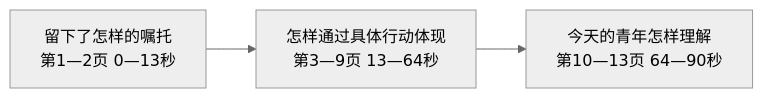
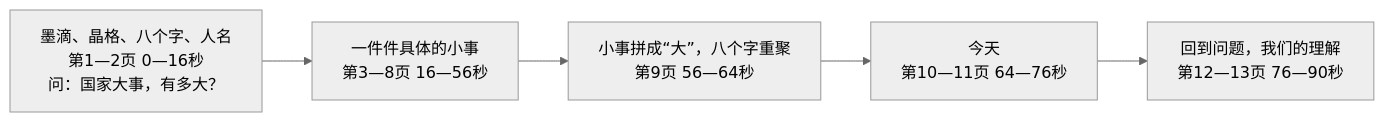
Before and after one commit to OyamaMeek/Motion: the diagram in 蒋葆增的家国情怀/短片/脚本与时间表.md, drawn with Mermaid (neutral theme). The commit also changed other lines of this file and 15 other files, not shown here.

````diff
--- a/蒋葆增的家国情怀/短片/脚本与时间表.md
+++ b/蒋葆增的家国情怀/短片/脚本与时间表.md
@@ -11,5 +17,7 @@
 ```mermaid
 flowchart LR
-  A["留下了怎样的嘱托<br>第1—2页 0—13秒"] --> B["怎样通过具体行动体现<br>第3—9页 13—64秒"]
-  B --> C["今天的青年怎样理解<br>第10—13页 64—90秒"]
+  A["墨滴、晶格、八个字、人名<br>第1—2页 0—16秒<br>问：国家大事，有多大？"] --> B["一件件具体的小事<br>第3—8页 16—56秒"]
+  B --> C["小事拼成“大”，八个字重聚<br>第9页 56—64秒"]
+  C --> D["今天<br>第10—11页 64—76秒"]
+  D --> E["回到问题，我们的理解<br>第12—13页 76—90秒"]
 ```
````
